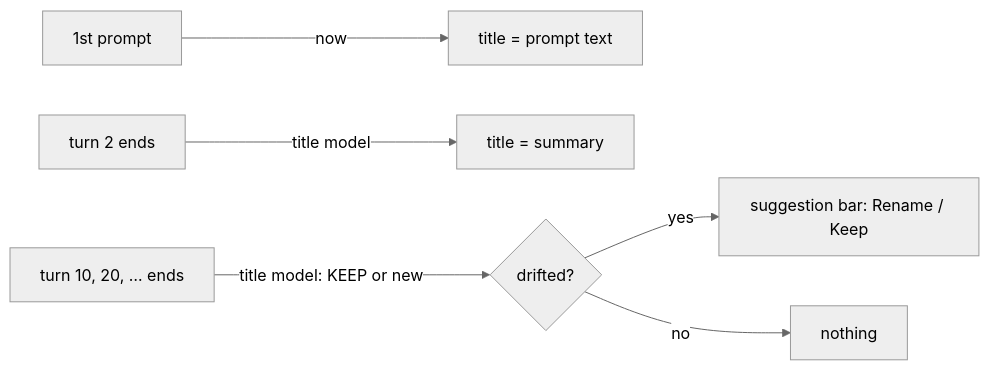
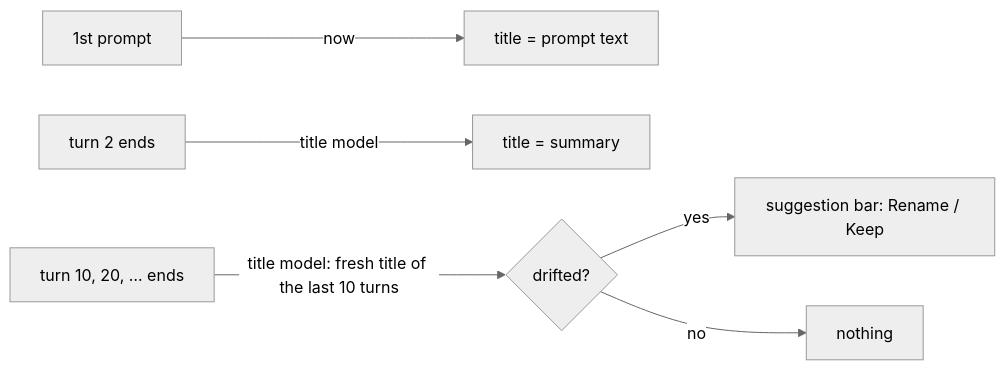
Before and after one commit to tillg/karpathy.app: the diagram in specs/changes/ai-chat-titles/proposal.md, drawn with Mermaid (neutral theme). The commit also changed 18 other files, not shown here.

First line of the commit message:
ai-chat-titles: review fixes — turn count up to the ended turn, drift via a fresh title of the last ten turns, title model follows the chat model when unset, blank = default, no overwrite of a rename, no leaked session

````diff
--- a/specs/changes/ai-chat-titles/proposal.md
+++ b/specs/changes/ai-chat-titles/proposal.md
@@ -33,8 +33,8 @@
 ```mermaid
 flowchart LR
   P[1st prompt] -->|now| T0[title = prompt text]
   T2[turn 2 ends] -->|title model| T1[title = summary]
-  T10[turn 10, 20, … ends] -->|title model: KEEP or new| S{drifted?}
+  T10[turn 10, 20, … ends] -->|title model: fresh title of the last 10 turns| S{drifted?}
   S -- yes --> B[suggestion bar: Rename / Keep]
   S -- no --> N[nothing]
 ```
````
